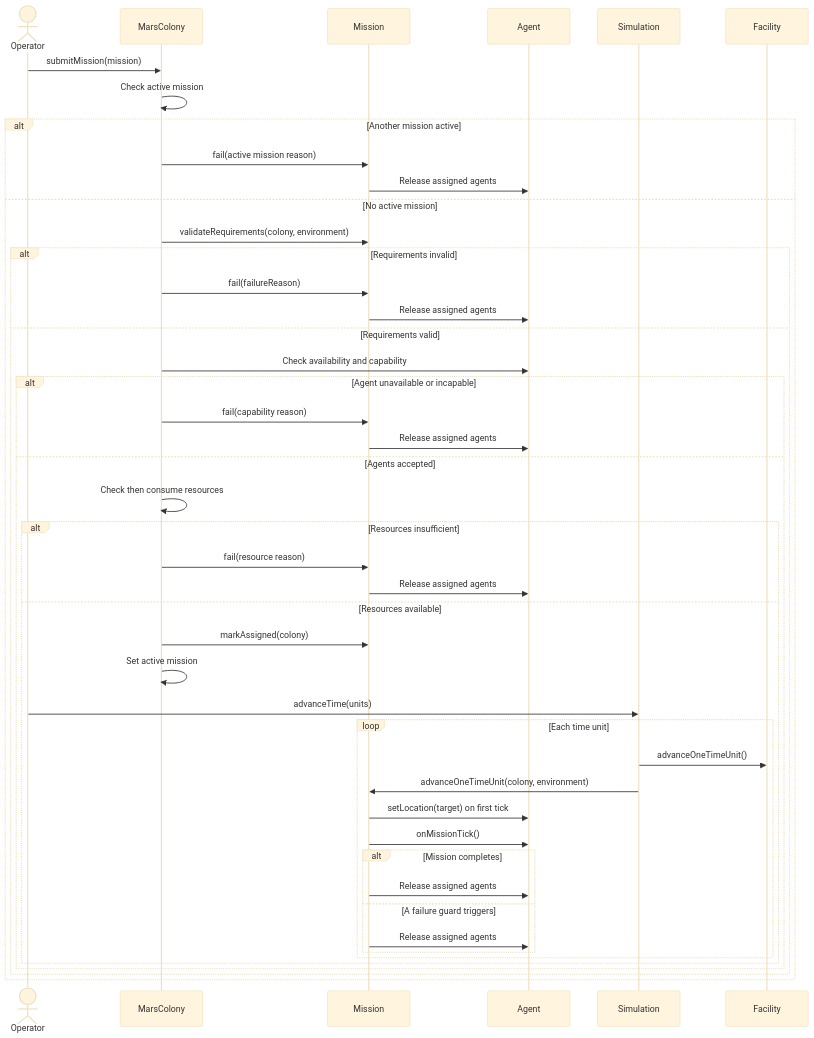
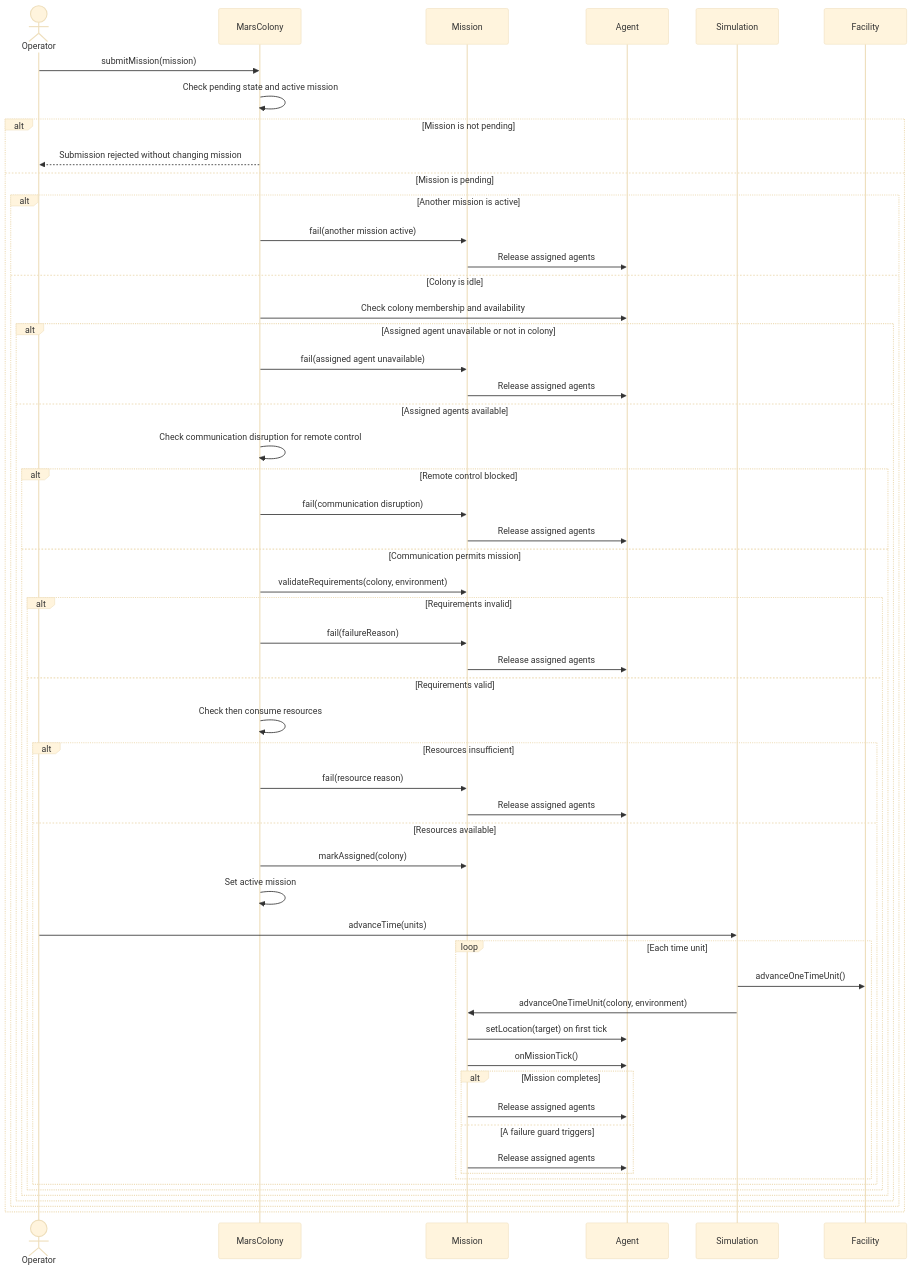
One commit to Toqa-Elsaqqa/MarsColony changed the diagram in docs/sequence_A_mission_execution.md. Above: the diagram before and after it, drawn with Mermaid (base theme). The commit also changed 67 other files, not shown here.

````diff
--- a/docs/sequence_A_mission_execution.md
+++ b/docs/sequence_A_mission_execution.md
@@ -3,47 +3,57 @@
 ```mermaid
 sequenceDiagram
     actor Operator
     participant Colony as MarsColony
     participant Mission
     participant Agent
     participant Simulation
     Operator->>Colony: submitMission(mission)
-    Colony->>Colony: Check active mission
-    alt Another mission active
-        Colony->>Mission: fail(active mission reason)
-        Mission->>Agent: Release assigned agents
-    else No active mission
-        Colony->>Mission: validateRequirements(colony, environment)
-        alt Requirements invalid
-            Colony->>Mission: fail(failureReason)
+    Colony->>Colony: Check pending state and active mission
+    alt Mission is not pending
+        Colony-->>Operator: Submission rejected without changing mission
+    else Mission is pending
+        alt Another mission is active
+            Colony->>Mission: fail(another mission active)
             Mission->>Agent: Release assigned agents
-        else Requirements valid
-            Colony->>Agent: Check availability and capability
-            alt Agent unavailable or incapable
-                Colony->>Mission: fail(capability reason)
+        else Colony is idle
+        Colony->>Agent: Check colony membership and availability
+        alt Assigned agent unavailable or not in colony
+            Colony->>Mission: fail(assigned agent unavailable)
+            Mission->>Agent: Release assigned agents
+        else Assigned agents available
+            Colony->>Colony: Check communication disruption for remote control
+            alt Remote control blocked
+                Colony->>Mission: fail(communication disruption)
                 Mission->>Agent: Release assigned agents
-            else Agents accepted
-                Colony->>Colony: Check then consume resources
-                alt Resources insufficient
-                    Colony->>Mission: fail(resource reason)
+            else Communication permits mission
+                Colony->>Mission: validateRequirements(colony, environment)
+                alt Requirements invalid
+                    Colony->>Mission: fail(failureReason)
                     Mission->>Agent: Release assigned agents
-                else Resources available
-                    Colony->>Mission: markAssigned(colony)
-                    Colony->>Colony: Set active mission
-                    Operator->>Simulation: advanceTime(units)
-                    loop Each time unit
-                        Simulation->>Facility: advanceOneTimeUnit()
-                        Simulation->>Mission: advanceOneTimeUnit(colony, environment)
-                        Mission->>Agent: setLocation(target) on first tick
-                        Mission->>Agent: onMissionTick()
-                        alt Mission completes
-                            Mission->>Agent: Release assigned agents
-                        else A failure guard triggers
-                            Mission->>Agent: Release assigned agents
+                else Requirements valid
+                    Colony->>Colony: Check then consume resources
+                    alt Resources insufficient
+                        Colony->>Mission: fail(resource reason)
+                        Mission->>Agent: Release assigned agents
+                    else Resources available
+                        Colony->>Mission: markAssigned(colony)
+                        Colony->>Colony: Set active mission
+                        Operator->>Simulation: advanceTime(units)
+                        loop Each time unit
+                            Simulation->>Facility: advanceOneTimeUnit()
+                            Simulation->>Mission: advanceOneTimeUnit(colony, environment)
+                            Mission->>Agent: setLocation(target) on first tick
+                            Mission->>Agent: onMissionTick()
+                            alt Mission completes
+                                Mission->>Agent: Release assigned agents
+                            else A failure guard triggers
+                                Mission->>Agent: Release assigned agents
+                            end
                         end
                     end
                 end
             end
         end
+        end
     end
 ```
````
